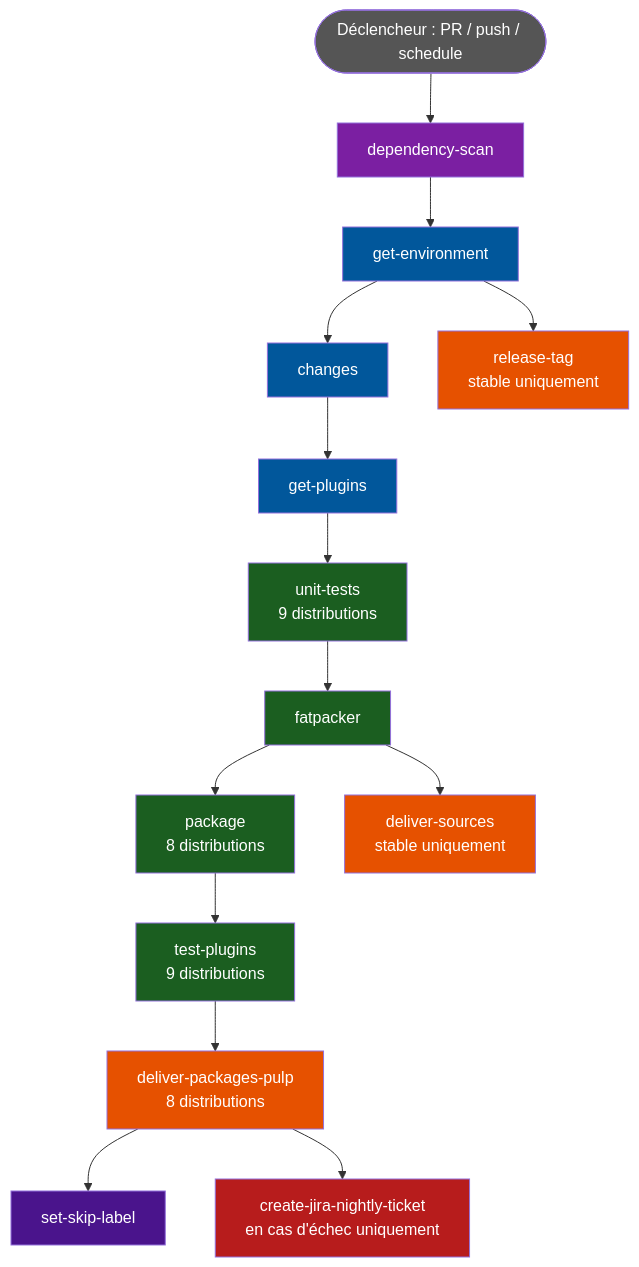
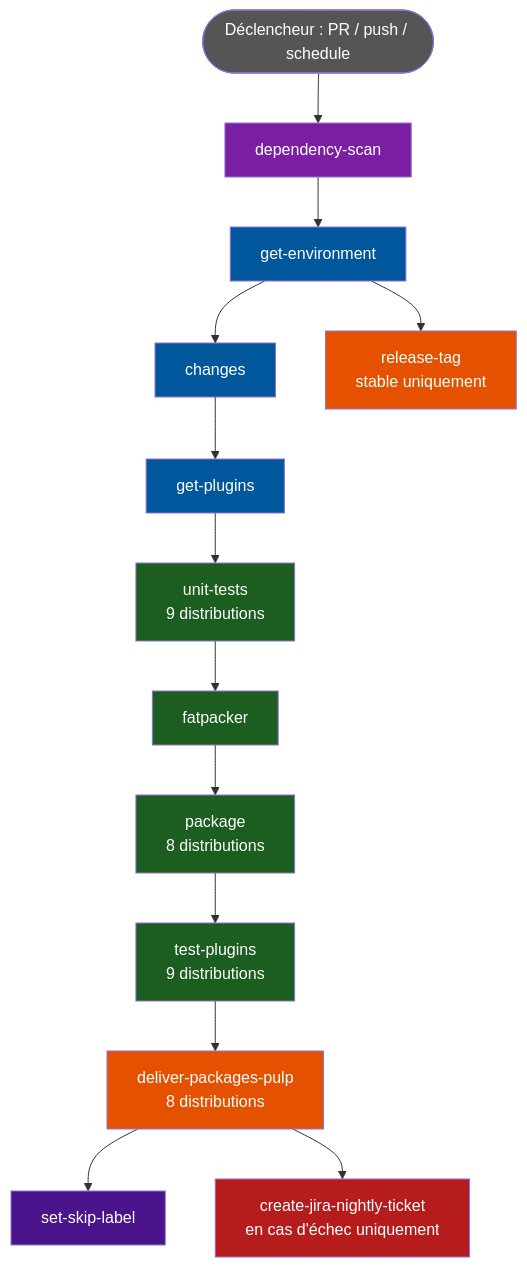
One commit to centreon/centreon-plugins changed the first of 7 diagrams in doc/fr/developer/plugins-ci.md. Above: the diagram before and after it, drawn with Mermaid. The commit also changed other lines of this file and 3 other files, not shown here.

First line of the commit message:
chore(ci): remove plugins deliver-sources job

````diff
--- a/doc/fr/developer/plugins-ci.md
+++ b/doc/fr/developer/plugins-ci.md
@@ -7,34 +7,32 @@
 ```mermaid
 flowchart TD
     TRIGGER([Déclencheur : PR / push / schedule]) --> DEP[dependency-scan]
     DEP --> ENV[get-environment]
     ENV --> CHG[changes]
     CHG --> GETPLUGINS[get-plugins]
 
     GETPLUGINS --> UT[unit-tests\n9 distributions]
     UT --> FP[fatpacker]
     FP --> PKG[package\n8 distributions]
     PKG --> TP[test-plugins\n9 distributions]
     TP --> DP[deliver-packages-pulp\n8 distributions]
     DP --> SKIP[set-skip-label]
 
-    FP --> DS[deliver-sources\nstable uniquement]
     ENV --> RT[release-tag\nstable uniquement]
 
     DP --> JIRA[create-jira-nightly-ticket\nen cas d'échec uniquement]
 
     style TRIGGER fill:#555,color:#fff
     style DEP fill:#7b1fa2,color:#fff
     style ENV fill:#01579b,color:#fff
     style CHG fill:#01579b,color:#fff
     style GETPLUGINS fill:#01579b,color:#fff
     style UT fill:#1b5e20,color:#fff
     style FP fill:#1b5e20,color:#fff
     style PKG fill:#1b5e20,color:#fff
     style TP fill:#1b5e20,color:#fff
     style DP fill:#e65100,color:#fff
-    style DS fill:#e65100,color:#fff
     style RT fill:#e65100,color:#fff
     style SKIP fill:#4a148c,color:#fff
     style JIRA fill:#b71c1c,color:#fff
 ```
````
